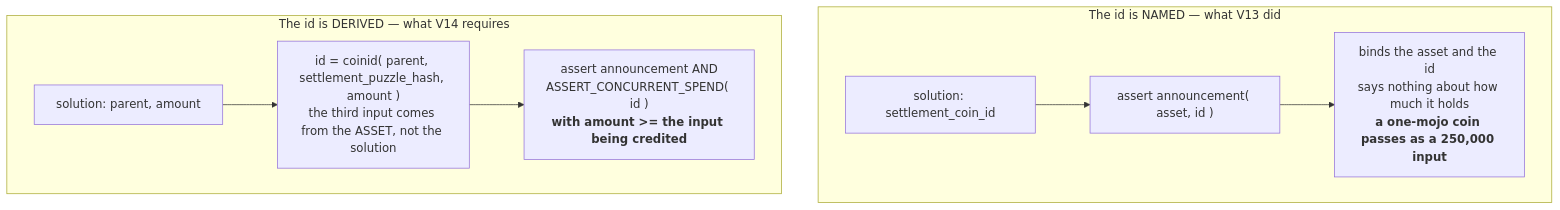
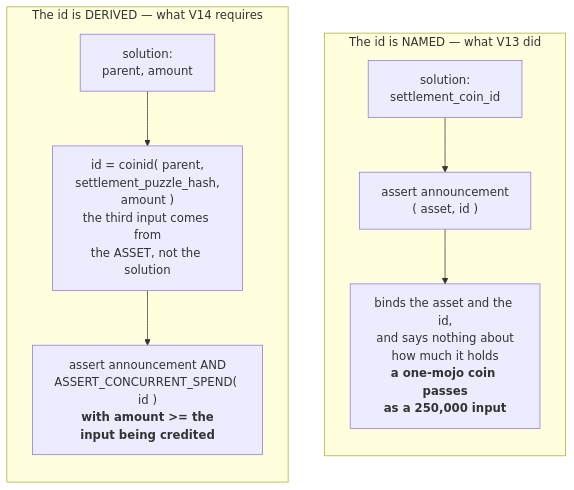
The diagram in assets/chip-0062/settlement-binding.mmd (awizardxch/chips), drawn with Mermaid before and after one commit. The commit also changed 4 other files, not shown here.

```diff
--- a/assets/chip-0062/settlement-binding.mmd
+++ b/assets/chip-0062/settlement-binding.mmd
@@ -1,13 +1,15 @@
 flowchart TB
     subgraph named["The id is NAMED &mdash; what V13 did"]
-        N1["solution: settlement_coin_id"]
-        N2["assert announcement( asset, id )"]
-        N3["binds the asset and the id<br/>says nothing about how much it holds<br/><b>a one-mojo coin passes as a 250,000 input</b>"]
+        direction TB
+        N1["solution:<br/>settlement_coin_id"]
+        N2["assert announcement<br/>( asset, id )"]
+        N3["binds the asset and the id,<br/>and says nothing about<br/>how much it holds<br/><b>a one-mojo coin passes<br/>as a 250,000 input</b>"]
         N1 --> N2 --> N3
     end
     subgraph derived["The id is DERIVED &mdash; what V14 requires"]
-        D1["solution: parent, amount"]
-        D2["id = coinid( parent, settlement_puzzle_hash, amount )<br/>the third input comes from the ASSET, not the solution"]
-        D3["assert announcement AND<br/>ASSERT_CONCURRENT_SPEND( id )<br/><b>with amount >= the input being credited</b>"]
+        direction TB
+        D1["solution:<br/>parent, amount"]
+        D2["id = coinid( parent,<br/>settlement_puzzle_hash,<br/>amount )<br/>the third input comes from<br/>the ASSET, not the solution"]
+        D3["assert announcement AND<br/>ASSERT_CONCURRENT_SPEND( id )<br/><b>with amount >= the<br/>input being credited</b>"]
         D1 --> D2 --> D3
     end
```
